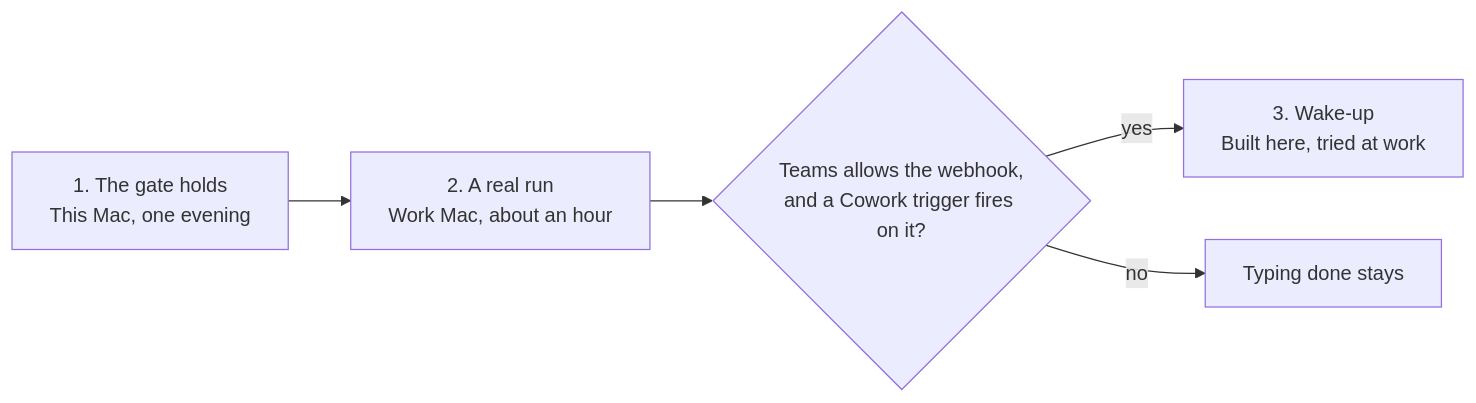
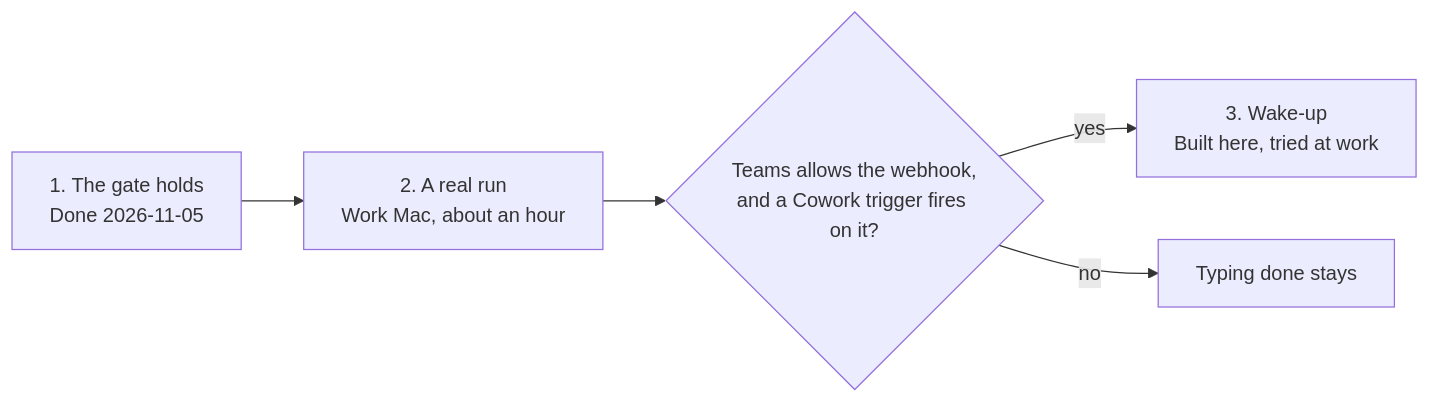
Before and after one commit to broxgit/llm-relay: the diagram in design-and-decisions/roadmap.md, drawn with Mermaid. The commit also changed other lines of this file and 3 other files, not shown here.

````diff
--- a/design-and-decisions/roadmap.md
+++ b/design-and-decisions/roadmap.md
@@ -7,7 +7,7 @@
 ```mermaid
 flowchart LR
-    P1["1. The gate holds<br/>This Mac, one evening"] --> P2["2. A real run<br/>Work Mac, about an hour"]
+    P1["1. The gate holds<br/>Done 2026-11-05"] --> P2["2. A real run<br/>Work Mac, about an hour"]
     P2 --> G{"Teams allows the webhook,<br/>and a Cowork trigger fires on it?"}
     G -- yes --> P3["3. Wake-up<br/>Built here, tried at work"]
     G -- no --> S["Typing done stays"]
 ```
````
